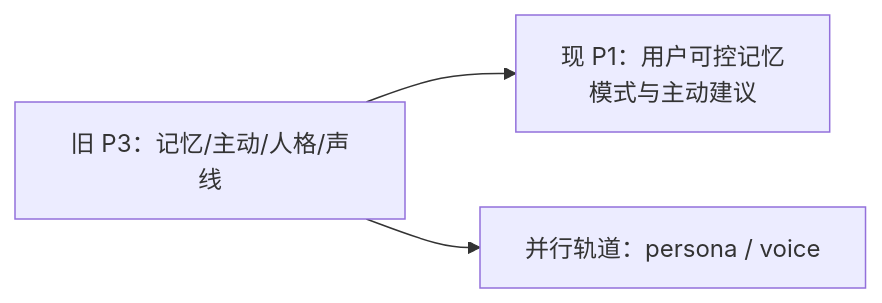
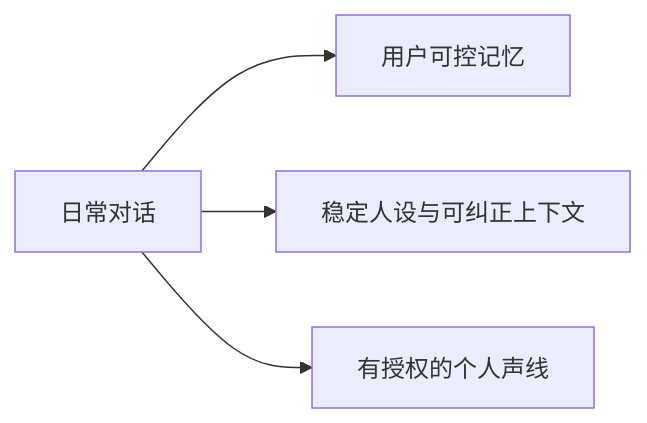
The diagram in docs/03-phases/p3-soul.md (Momoyeyu/momo), drawn with Mermaid before and after one commit. The commit also changed other lines of this file and 23 other files, not shown here.

````diff
--- a/docs/03-phases/p3-soul.md
+++ b/docs/03-phases/p3-soul.md
@@ -5,5 +5,6 @@
 ```mermaid
 flowchart LR
-    OLD["旧 P3：记忆/主动/人格/声线"] --> P1["现 P1：用户可控记忆<br/>模式与主动建议"]
-    OLD --> TRACKS["并行轨道：persona / voice"]
+    CHAT["日常对话"] --> MEMORY["用户可控记忆"]
+    CHAT --> PERSONA["稳定人设与可纠正上下文"]
+    CHAT --> VOICE["有授权的个人声线"]
 ```
````
